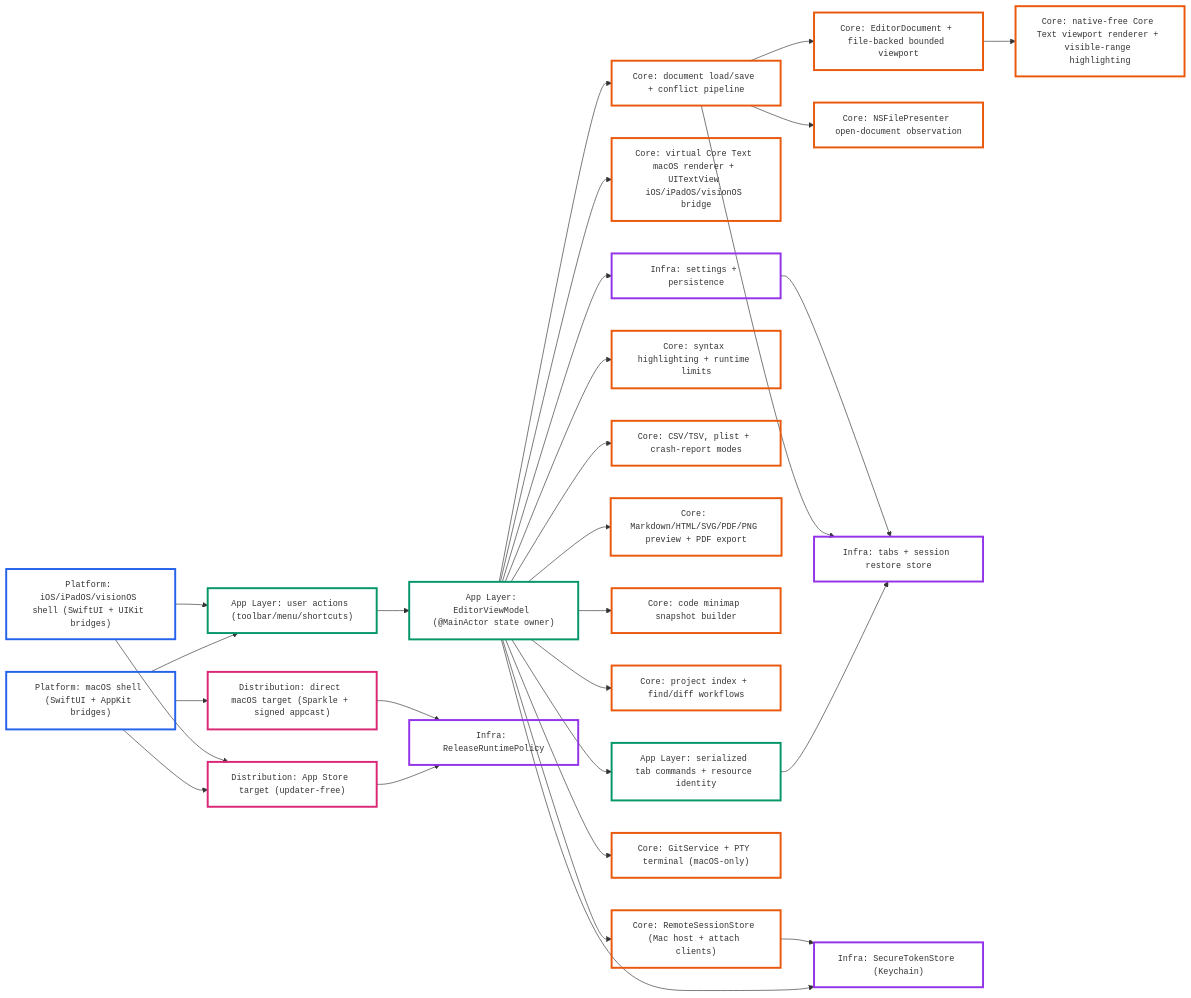
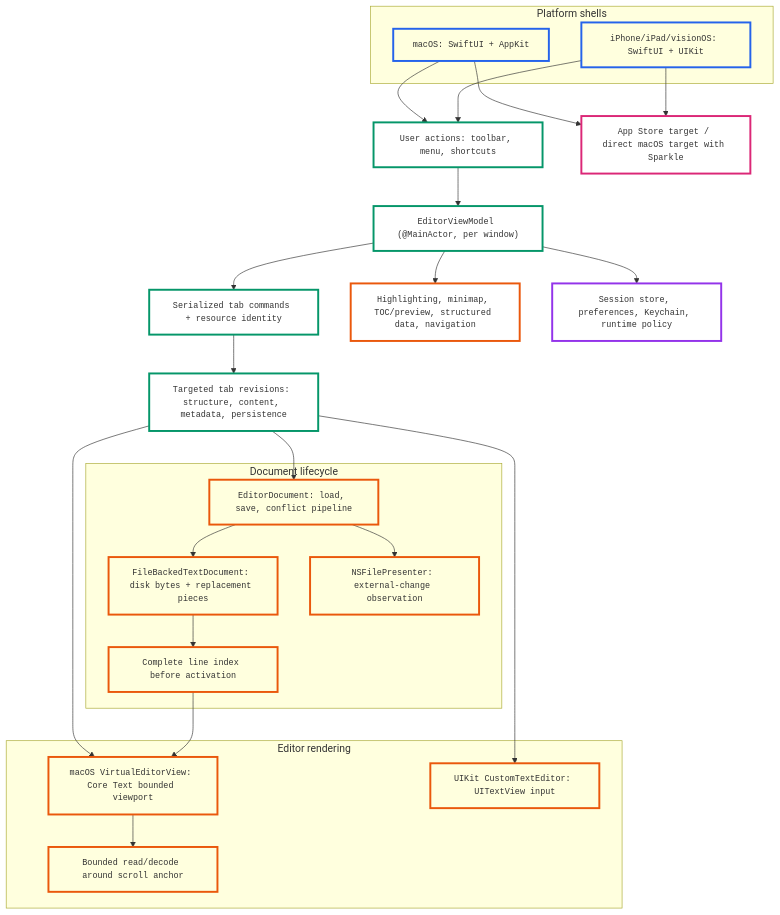
Before and after one commit to h3pdesign/Neon-Vision-Editor: the first of 2 diagrams in README.md, drawn with Mermaid. The commit also changed other lines of this file, not shown here.

Commit message:
docs: restructure architecture overview diagram

````diff
--- a/README.md
+++ b/README.md
@@ -430,66 +430,54 @@
 ```mermaid
-flowchart LR
-  Mac["Platform: macOS shell (SwiftUI + AppKit bridges)"]
-  Touch["Platform: iOS/iPadOS/visionOS shell (SwiftUI + UIKit bridges)"]
-  ACT["App Layer: user actions (toolbar/menu/shortcuts)"]
-  VM["App Layer: EditorViewModel (@MainActor state owner)"]
-  CMD["App Layer: serialized tab commands + resource identity"]
-  TEXT["Core: virtual Core Text macOS renderer + UITextView iOS/iPadOS/visionOS bridge"]
-  DOC["Core: document load/save + conflict pipeline"]
-  FBD["Core: EditorDocument + file-backed bounded viewport"]
-  VTR["Core: native-free Core Text viewport renderer + visible-range highlighting"]
-  OBS["Core: NSFilePresenter open-document observation"]
-  HL["Core: syntax highlighting + runtime limits"]
-  STRUCT["Core: CSV/TSV, plist + crash-report modes"]
-  PREV["Core: Markdown/HTML/SVG/PDF/PNG preview + PDF export"]
-  MINI["Core: code minimap snapshot builder"]
-  NAV["Core: project index + find/diff workflows"]
-  REMOTE["Core: RemoteSessionStore (Mac host + attach clients)"]
-  DESKTOP["Core: GitService + PTY terminal (macOS-only)"]
-  STORE["Infra: tabs + session restore store"]
-  PREFS["Infra: settings + persistence"]
-  SEC["Infra: SecureTokenStore (Keychain)"]
-  POLICY["Infra: ReleaseRuntimePolicy"]
-  MAS["Distribution: App Store target (updater-free)"]
-  DIRECT["Distribution: direct macOS target (Sparkle + signed appcast)"]
+flowchart TB
+  subgraph PLATFORM[Platform shells]
+    MAC["macOS: SwiftUI + AppKit"]
+    TOUCH["iPhone/iPad/visionOS: SwiftUI + UIKit"]
+  end
 
-  Mac --> ACT
-  Touch --> ACT
-  ACT --> VM
-  VM --> CMD
-  CMD --> STORE
-  VM --> TEXT
-  VM --> DOC
-  DOC --> FBD
-  FBD --> VTR
+  ACTIONS["User actions: toolbar, menu, shortcuts"]
+  VM["EditorViewModel (@MainActor, per window)"]
+  COMMANDS["Serialized tab commands + resource identity"]
+  REVISIONS["Targeted tab revisions: structure, content, metadata, persistence"]
+
+  subgraph DOCUMENTS[Document lifecycle]
+    DOC["EditorDocument: load, save, conflict pipeline"]
+    FBD["FileBackedTextDocument: disk bytes + replacement pieces"]
+    INDEX["Complete line index before activation"]
+    OBS["NSFilePresenter: external-change observation"]
+  end
+
+  subgraph RENDERING[Editor rendering]
+    MACVIEW["macOS VirtualEditorView: Core Text bounded viewport"]
+    VIEWPORT["Bounded read/decode around scroll anchor"]
+    UIKITTEXT["UIKit CustomTextEditor: UITextView input"]
+  end
+
+  SERVICES["Highlighting, minimap, TOC/preview, structured data, navigation"]
+  INFRA["Session store, preferences, Keychain, runtime policy"]
+  DIST["App Store target / direct macOS target with Sparkle"]
+
+  MAC --> ACTIONS
+  TOUCH --> ACTIONS
+  ACTIONS --> VM --> COMMANDS --> REVISIONS
+  REVISIONS --> DOC
+  REVISIONS --> MACVIEW
+  REVISIONS --> UIKITTEXT
+  DOC --> FBD --> INDEX --> MACVIEW --> VIEWPORT
   DOC --> OBS
-  DOC --> STORE
-  VM --> HL
-  VM --> STRUCT
-  VM --> PREV
-  VM --> MINI
-  VM --> NAV
-  VM --> REMOTE
-  VM --> DESKTOP
-  VM --> PREFS
-  PREFS --> STORE
-  VM --> SEC
-  REMOTE --> SEC
-  Mac --> MAS
-  Mac --> DIRECT
-  Touch --> MAS
-  MAS --> POLICY
-  DIRECT --> POLICY
+  VM --> SERVICES
+  VM --> INFRA
+  MAC --> DIST
+  TOUCH --> DIST
 
   classDef platform stroke:#2563EB,stroke-width:3px,fill:transparent,font-family:ui-monospace\, SFMono-Regular\, Menlo\, Monaco\, Consolas\, Liberation Mono\, monospace,font-size:13px;
   classDef app stroke:#059669,stroke-width:3px,fill:transparent,font-family:ui-monospace\, SFMono-Regular\, Menlo\, Monaco\, Consolas\, Liberation Mono\, monospace,font-size:13px;
   classDef core stroke:#EA580C,stroke-width:3px,fill:transparent,font-family:ui-monospace\, SFMono-Regular\, Menlo\, Monaco\, Consolas\, Liberation Mono\, monospace,font-size:13px;
   classDef infra stroke:#9333EA,stroke-width:3px,fill:transparent,font-family:ui-monospace\, SFMono-Regular\, Menlo\, Monaco\, Consolas\, Liberation Mono\, monospace,font-size:13px;
   classDef distribution stroke:#DB2777,stroke-width:3px,fill:transparent,font-family:ui-monospace\, SFMono-Regular\, Menlo\, Monaco\, Consolas\, Liberation Mono\, monospace,font-size:13px;
 
-  class Mac,Touch platform;
-  class ACT,VM,CMD app;
-  class TEXT,DOC,FBD,VTR,OBS,HL,STRUCT,PREV,MINI,NAV,REMOTE,DESKTOP core;
-  class STORE,PREFS,SEC,POLICY infra;
-  class MAS,DIRECT distribution;
+  class MAC,TOUCH platform;
+  class ACTIONS,VM,COMMANDS,REVISIONS app;
+  class DOC,FBD,INDEX,OBS,MACVIEW,VIEWPORT,UIKITTEXT,SERVICES core;
+  class INFRA infra;
+  class DIST distribution;
 ```
````
